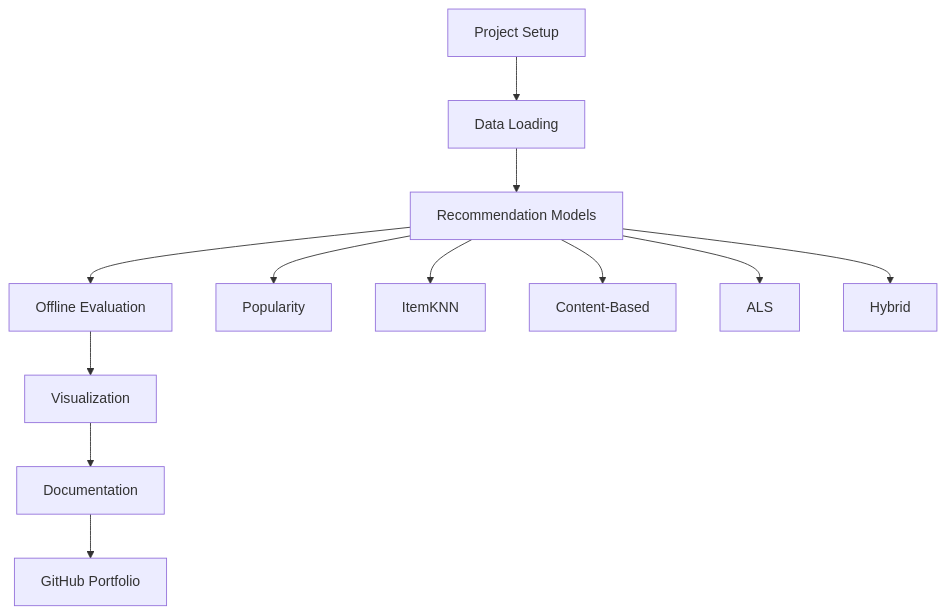
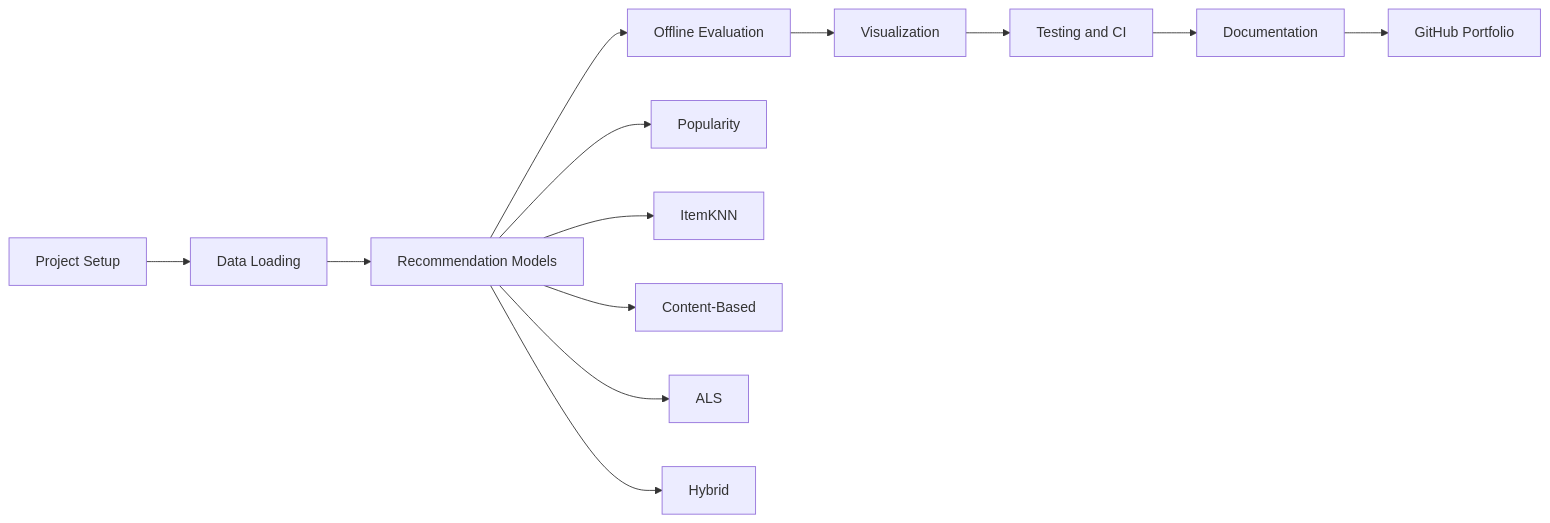
The first of 2 diagrams in README.md (saba-zia/lastfm-music-recommender), drawn with Mermaid before and after one commit. The commit also changed other lines of this file, not shown here.

Commit message:
Improve README structure and project visuals

````diff
--- a/README.md
+++ b/README.md
@@ -3,24 +21,17 @@
 ```mermaid
-flowchart TD
+flowchart LR
 
-A[Project Setup]
-B[Data Loading]
-C[Recommendation Models]
-D[Offline Evaluation]
-E[Visualization]
-F[Documentation]
-G[GitHub Portfolio]
+    A[Project Setup] --> B[Data Loading]
+    B --> C[Recommendation Models]
+    C --> D[Offline Evaluation]
+    D --> E[Visualization]
+    E --> F[Testing and CI]
+    F --> G[Documentation]
+    G --> H[GitHub Portfolio]
 
-A --> B
-B --> C
-C --> D
-D --> E
-E --> F
-F --> G
-
-C --> P[Popularity]
-C --> I[ItemKNN]
-C --> CB[Content-Based]
-C --> ALS[ALS]
-C --> H[Hybrid]
+    C --> P[Popularity]
+    C --> I[ItemKNN]
+    C --> CB[Content-Based]
+    C --> ALS[ALS]
+    C --> HY[Hybrid]
 ```
````
